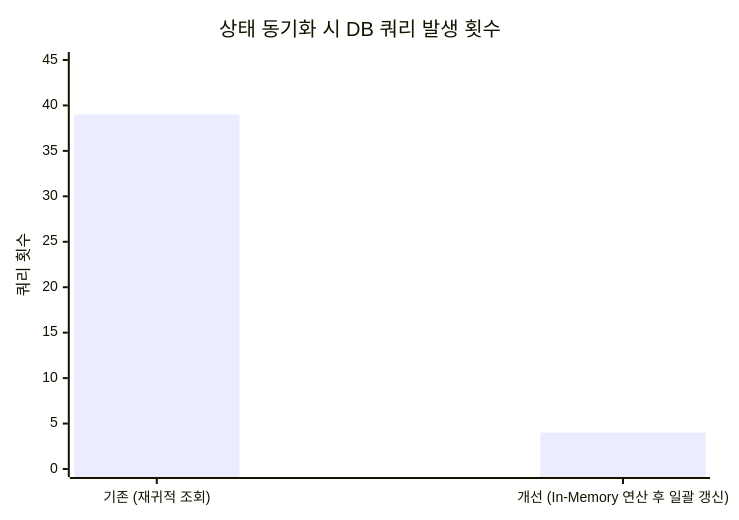
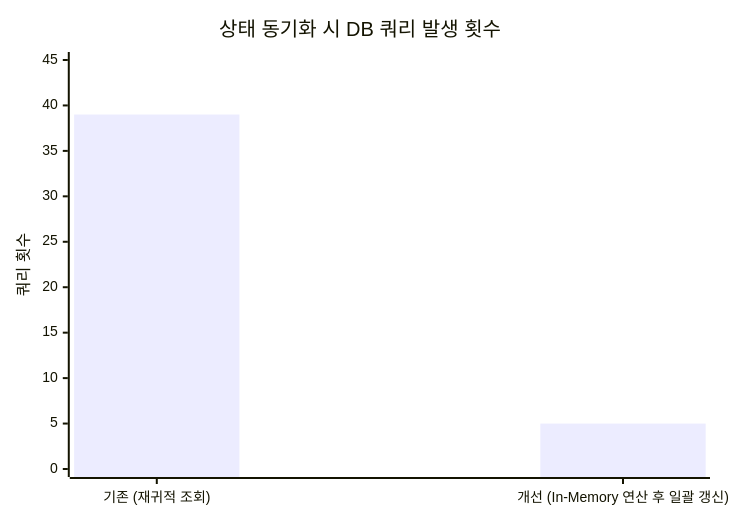
Before and after one commit to sul1074/Shared-AI-Drive: the eighth of 8 diagrams in README.md, drawn with Mermaid. The commit also changed other lines of this file, not shown here.

````diff
--- a/README.md
+++ b/README.md
@@ -710,7 +714,7 @@
 ```mermaid
 xychart-beta
     title "상태 동기화 시 DB 쿼리 발생 횟수"
     x-axis ["기존 (재귀적 조회)", "개선 (In-Memory 연산 후 일괄 갱신)"]
     y-axis "쿼리 횟수" 0 --> 45
-    bar [39, 4]
+    bar [39, 5]
 ```
````
